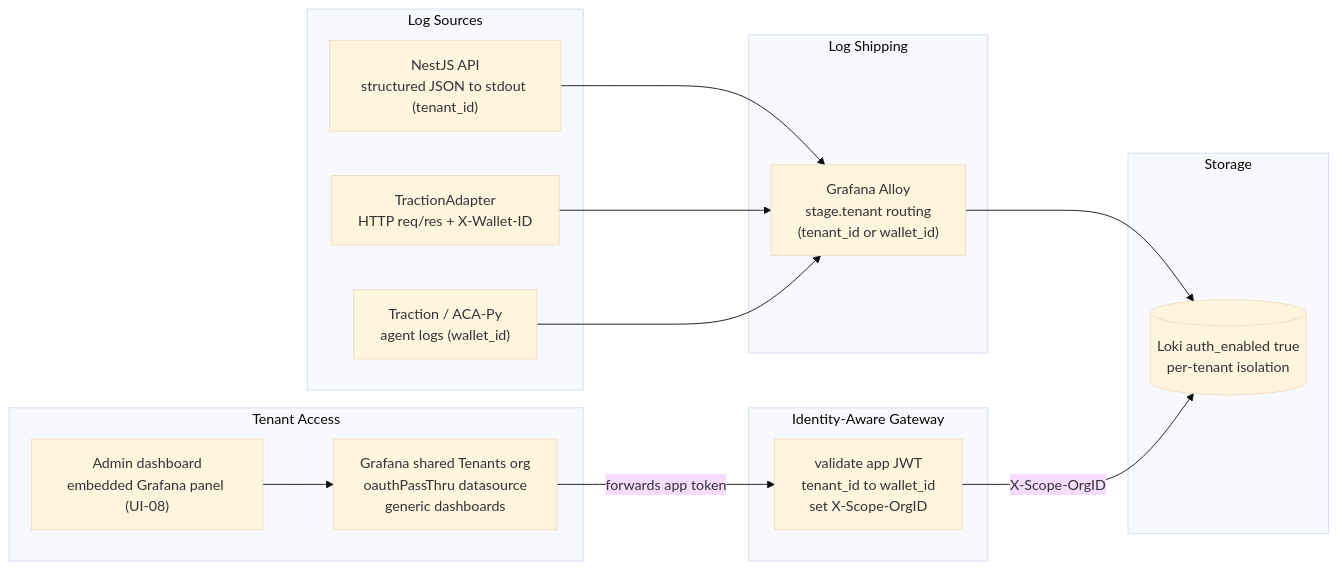
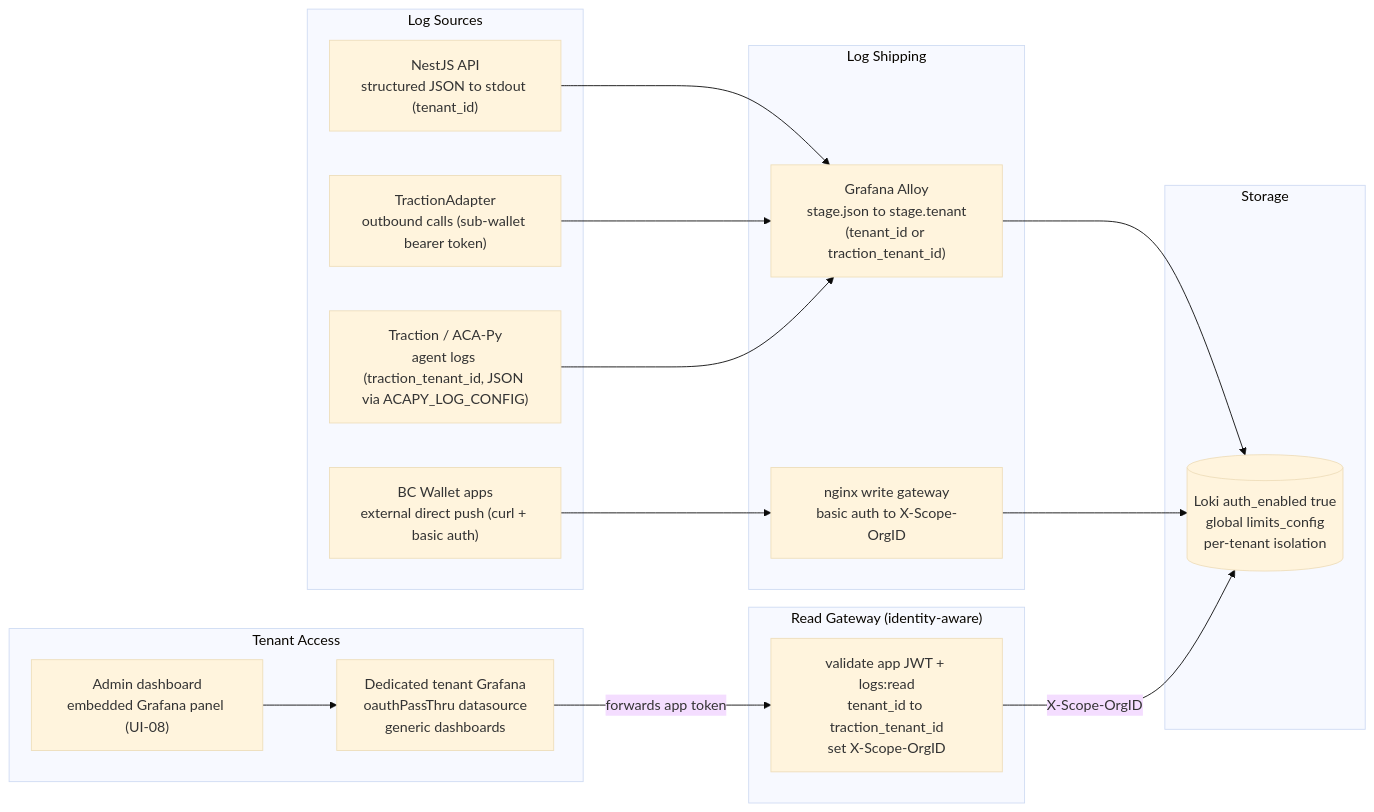
Diagram 20 of 22 in docs/ARCHITECTURE.md (bcgov/vc-common-service), drawn with Mermaid (base theme) before and after one commit. The commit also changed other lines of this file and 2 other files, not shown here.

Commit message:
docs: update observability design, architecture, and OpenAPI

````diff
--- a/docs/ARCHITECTURE.md
+++ b/docs/ARCHITECTURE.md
@@ -1367,29 +1368,33 @@
 ```mermaid
 flowchart LR
     subgraph Sources ["Log Sources"]
         API["NestJS API<br/>structured JSON to stdout (tenant_id)"]
-        Adapter["TractionAdapter<br/>HTTP req/res + X-Wallet-ID"]
-        Traction["Traction / ACA-Py<br/>agent logs (wallet_id)"]
+        Adapter["TractionAdapter<br/>outbound calls (sub-wallet bearer token)"]
+        Traction["Traction / ACA-Py<br/>agent logs (traction_tenant_id, JSON via ACAPY_LOG_CONFIG)"]
+        BCW["BC Wallet apps<br/>external direct push (curl + basic auth)"]
     end
     subgraph Ship ["Log Shipping"]
-        Alloy["Grafana Alloy<br/>stage.tenant routing<br/>(tenant_id or wallet_id)"]
+        Alloy["Grafana Alloy<br/>stage.json to stage.tenant<br/>(tenant_id or traction_tenant_id)"]
+        Nginx["nginx write gateway<br/>basic auth to X-Scope-OrgID"]
     end
     subgraph Store ["Storage"]
-        Loki[("Loki auth_enabled true<br/>per-tenant isolation")]
+        Loki[("Loki auth_enabled true<br/>global limits_config<br/>per-tenant isolation")]
     end
-    subgraph GW ["Identity-Aware Gateway"]
-        Gate["validate app JWT<br/>tenant_id to wallet_id<br/>set X-Scope-OrgID"]
+    subgraph GW ["Read Gateway (identity-aware)"]
+        Gate["validate app JWT + logs:read<br/>tenant_id to traction_tenant_id<br/>set X-Scope-OrgID"]
     end
     subgraph Access ["Tenant Access"]
-        Grafana["Grafana shared Tenants org<br/>oauthPassThru datasource<br/>generic dashboards"]
+        Grafana["Dedicated tenant Grafana<br/>oauthPassThru datasource<br/>generic dashboards"]
         Embed["Admin dashboard<br/>embedded Grafana panel (UI-08)"]
     end
 
     API --> Alloy
     Adapter --> Alloy
     Traction --> Alloy
+    BCW --> Nginx
     Alloy --> Loki
+    Nginx --> Loki
     Grafana -->|forwards app token| Gate
     Gate -->|X-Scope-OrgID| Loki
     Embed --> Grafana
 ```
````
